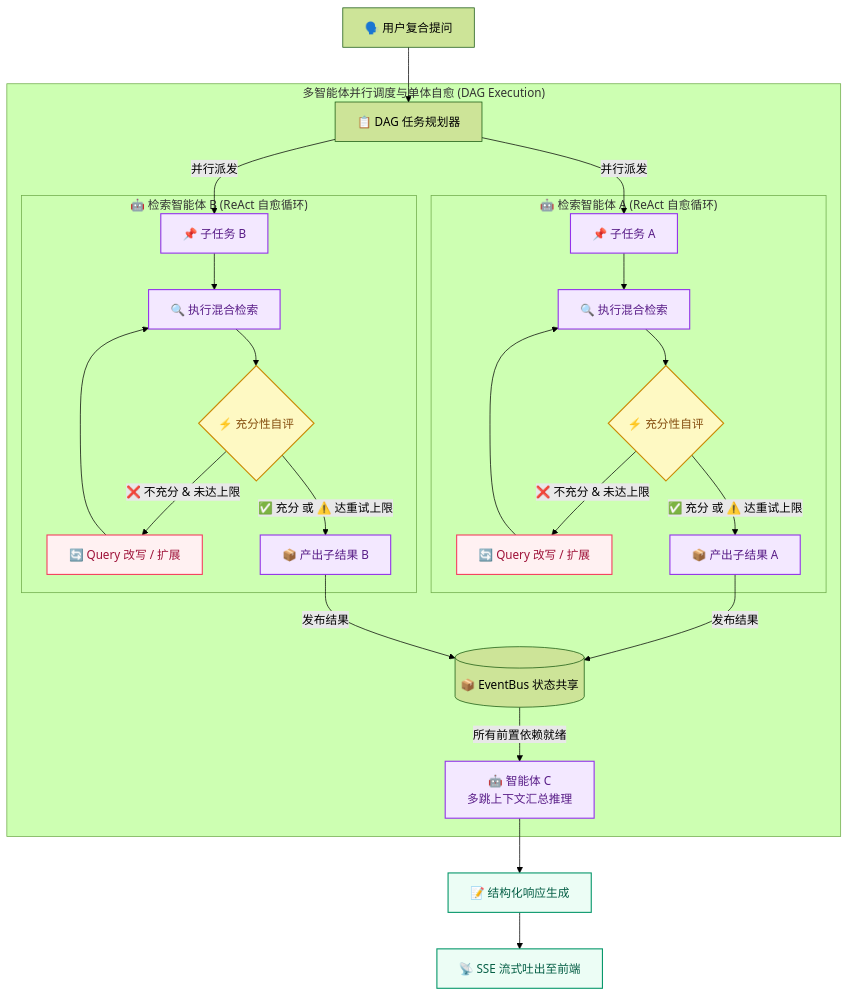
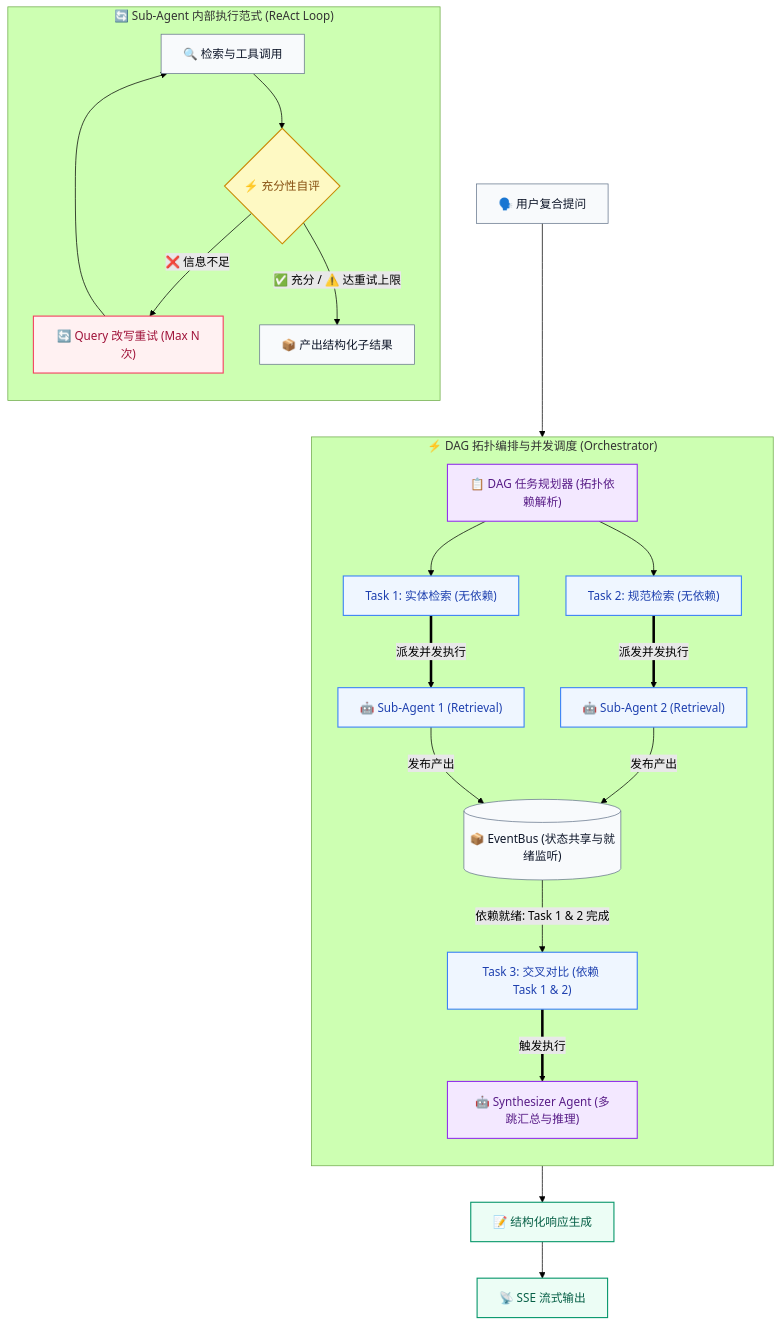
The third of 4 diagrams in README.md (7ing24/AgenticRAG), drawn with Mermaid (forest theme) before and after one commit. The commit also changed other lines of this file and 1 other file, not shown here.

````diff
--- a/README.md
+++ b/README.md
@@ -170,42 +198,46 @@
 ```mermaid
 flowchart TD
-    classDef normal fill:#F8FAFC,stroke:#64748B,stroke-width:1px,color:#0F172A;
+    classDef default fill:#F8FAFC,stroke:#64748B,stroke-width:1px,color:#0F172A;
     classDef condition fill:#FEF9C3,stroke:#CA8A04,stroke-width:1.5px,color:#854D0E;
     classDef accent fill:#F3E8FF,stroke:#9333EA,stroke-width:1.5px,color:#581C87;
     classDef complete fill:#ECFDF5,stroke:#059669,stroke-width:1.5px,color:#065F46;
     classDef retry fill:#FFF1F2,stroke:#F43F5E,stroke-width:1.5px,color:#9F1239;
+    classDef subagent fill:#EFF6FF,stroke:#3B82F6,stroke-width:1.5px,color:#1E40AF;
 
-    Query["🗣️ 用户复合提问"] --> Planner["📋 DAG 任务规划器"]
+    Query["🗣️ 用户复合提问"] --> Planner["📋 DAG 任务规划器 (拓扑依赖解析)"]
 
-    subgraph DAG_Execution ["多智能体并行调度与单体自愈 (DAG Execution)"]
-        Planner -->|并行派发| SubA_Task["📌 子任务 A"]
-        Planner -->|并行派发| SubB_Task["📌 子任务 B"]
+    subgraph DAG_Engine ["⚡ DAG 拓扑编排与并发调度 (Orchestrator)"]
+        direction TB
 
-        subgraph Agent_A ["🤖 检索智能体 A (ReAct 自愈循环)"]
-            SubA_Task --> ExecA["🔍 执行混合检索"]
-            ExecA --> EvalA{"⚡ 充分性自评"}
-            EvalA -- "❌ 不充分 & 未达上限" --> RewriteA["🔄 Query 改写 / 扩展"]
-            RewriteA --> ExecA
-            EvalA -- "✅ 充分 或 ⚠️ 达重试上限" --> OutA["📦 产出子结果 A"]
-        end
+        %% 并发派发
+        Planner --> TaskA["Task 1: 实体检索 (无依赖)"]
+        Planner --> TaskB["Task 2: 规范检索 (无依赖)"]
 
-        subgraph Agent_B ["🤖 检索智能体 B (ReAct 自愈循环)"]
-            SubB_Task --> ExecB["🔍 执行混合检索"]
-            ExecB --> EvalB{"⚡ 充分性自评"}
-            EvalB -- "❌ 不充分 & 未达上限" --> RewriteB["🔄 Query 改写 / 扩展"]
-            RewriteB --> ExecB
-            EvalB -- "✅ 充分 或 ⚠️ 达重试上限" --> OutB["📦 产出子结果 B"]
-        end
-
-        OutA & OutB -->|发布结果| Bus[("📦 EventBus 状态共享")]
-        Bus -->|所有前置依赖就绪| SubC["🤖 智能体 C<br/>多跳上下文汇总推理"]
+        TaskA ==>|派发并发执行| AgentA["🤖 Sub-Agent 1 (Retrieval)"]
+        TaskB ==>|派发并发执行| AgentB["🤖 Sub-Agent 2 (Retrieval)"]
+        
+        AgentA & AgentB -->|发布产出| Bus[("📦 EventBus (状态共享与就绪监听)")]
+        
+        %% 汇聚依赖
+        Bus -->|依赖就绪: Task 1 & 2 完成| TaskC["Task 3: 交叉对比 (依赖 Task 1 & 2)"]
+        TaskC ==>|触发执行| Synthesizer["🤖 Synthesizer Agent (多跳汇总与推理)"]
     end
 
-    class SubA_Task,SubB_Task,ExecA,ExecB,OutA,OutB,SubC accent
-    class EvalA,EvalB condition
-    class RewriteA,RewriteB retry
+    subgraph SubAgent_Pattern ["🔄 Sub-Agent 内部执行范式 (ReAct Loop)"]
+        direction TB
+        S_Exec["🔍 检索与工具调用"] --> S_Eval{"⚡ 充分性自评"}
+        S_Eval -->|❌ 信息不足| S_Retry["🔄 Query 改写重试 (Max N次)"]
+        S_Retry --> S_Exec
+        S_Eval -->|✅ 充分 / ⚠️ 达重试上限| S_Out["📦 产出结构化子结果"]
+    end
 
-    SubC --> Gen["📝 结构化响应生成"]
-    Gen --> SSE["📡 SSE 流式吐出至前端"]
+    Synthesizer --> Gen["📝 结构化响应生成"]
+    Gen --> SSE["📡 SSE 流式输出"]
+
+    class Planner,Synthesizer accent
+    class TaskA,TaskB,TaskC subagent
+    class AgentA,AgentB subagent
+    class S_Eval condition
+    class S_Retry retry
     class Gen,SSE complete
 ```
````
